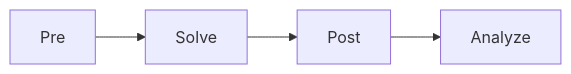
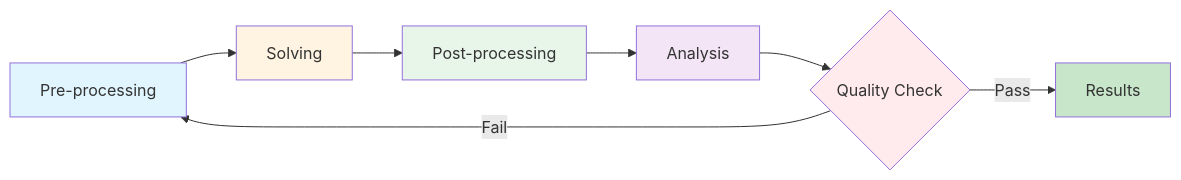
Before and after one commit to wramet/build-my-cfd: the diagram in MODULE_07_UTILITIES_AUTOMATION/CONTENT/01_SHELL_SCRIPTING/01_Automation_Strategy.md, drawn with Mermaid. The commit also changed other lines of this file and 107 other files, not shown here.

````diff
--- a/MODULE_07_UTILITIES_AUTOMATION/CONTENT/01_SHELL_SCRIPTING/01_Automation_Strategy.md
+++ b/MODULE_07_UTILITIES_AUTOMATION/CONTENT/01_SHELL_SCRIPTING/01_Automation_Strategy.md
@@ -26,6 +68,16 @@
 ```mermaid
 flowchart LR
-    A[Pre] --> B[Solve]
-    B --> C[Post]
-    C --> D[Analyze]
+    A[Pre-processing] --> B[Solving]
+    B --> C[Post-processing]
+    C --> D[Analysis]
+    D --> E{Quality Check}
+    E -->|Pass| F[Results]
+    E -->|Fail| A
+    
+    style A fill:#e1f5ff
+    style B fill:#fff4e1
+    style C fill:#e8f5e9
+    style D fill:#f3e5f5
+    style E fill:#ffebee
+    style F fill:#c8e6c9
 ```
````
